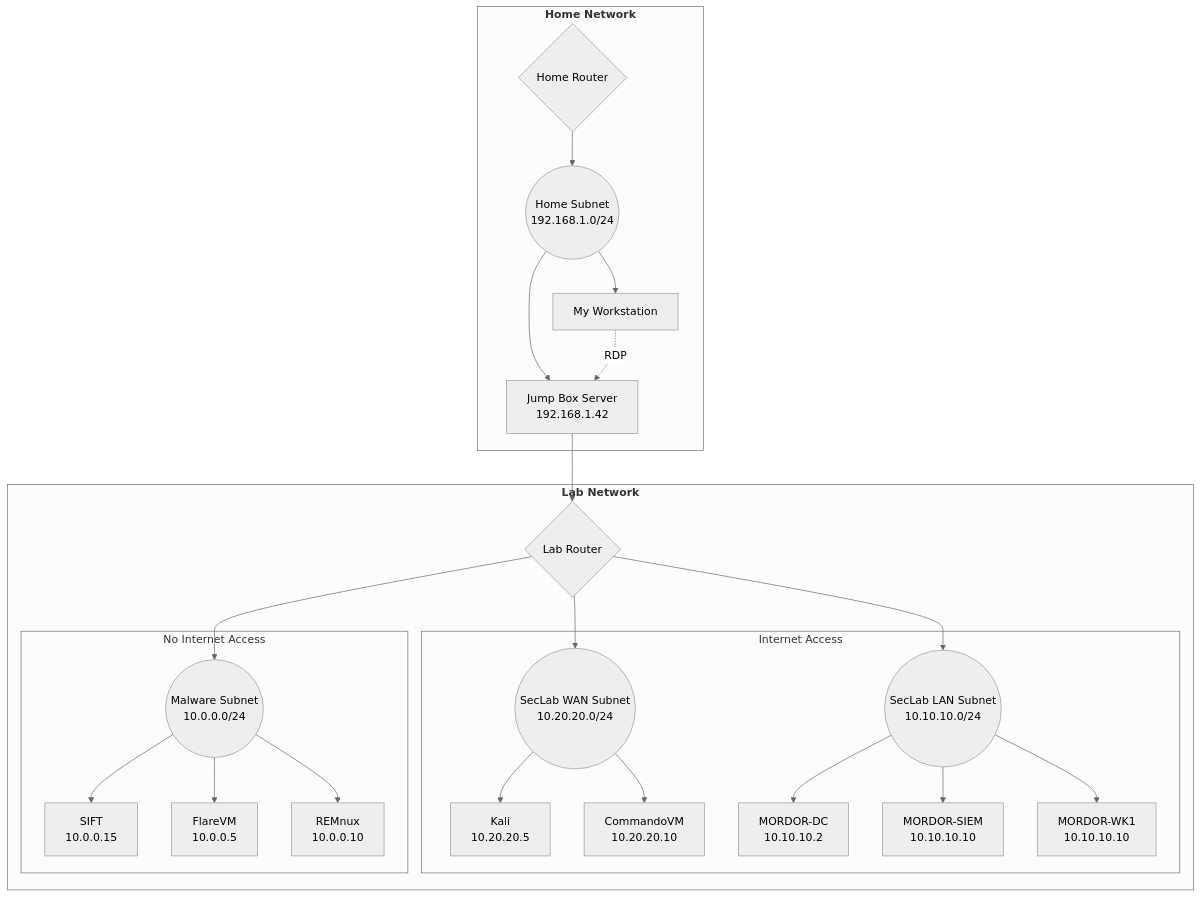
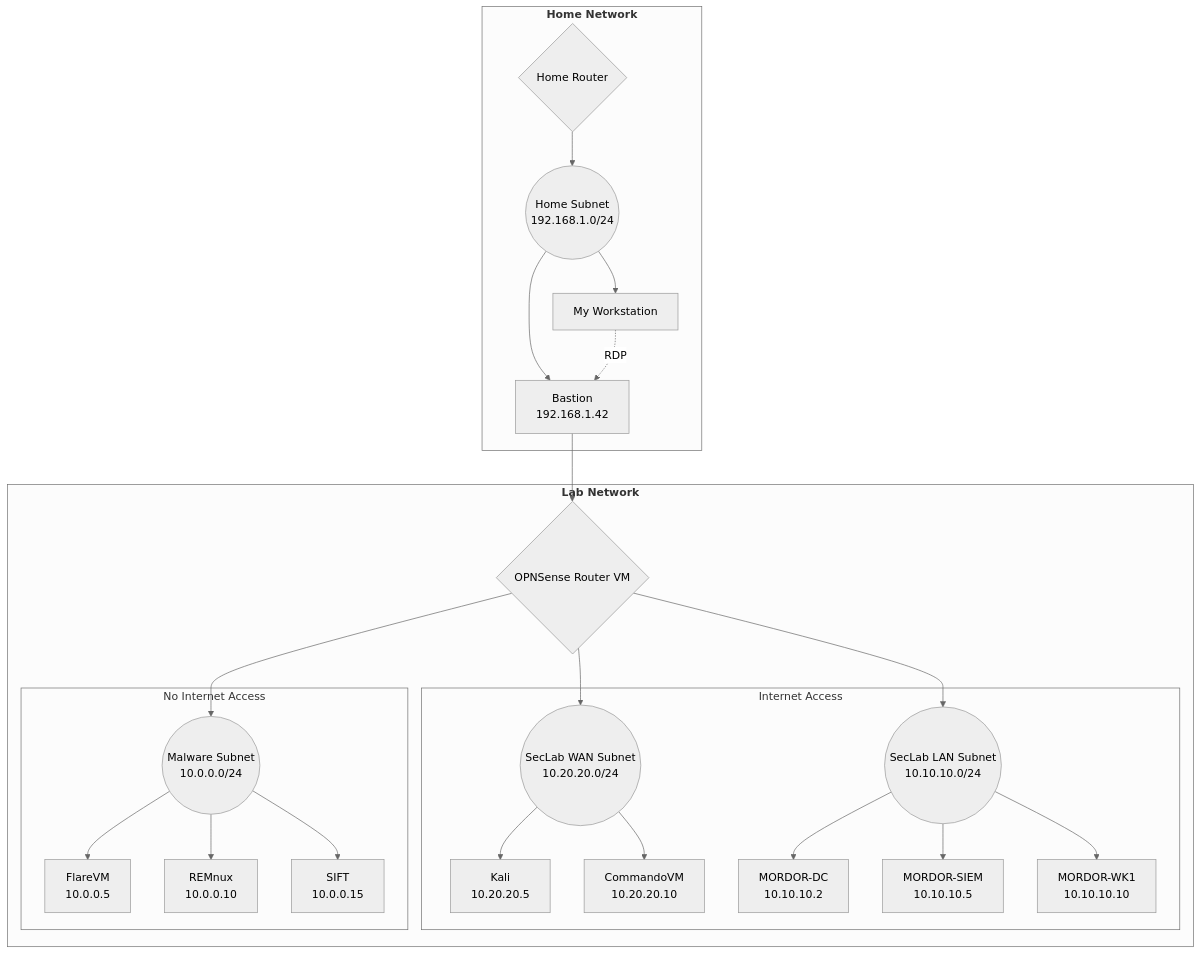
Before and after one commit to jabsec/portfolio: the diagram in homelab/network_diagram.md, drawn with Mermaid (neutral theme).

````diff
--- a/homelab/network_diagram.md
+++ b/homelab/network_diagram.md
@@ -5,61 +5,61 @@
 ```mermaid
 
 graph TD
     
     Home((Home Subnet<br>192.168.1.0/24))
     Malware((Malware Subnet<br>10.0.0.0/24))
+    SecLabLAN((SecLab LAN Subnet <br> 10.10.10.0/24))
     SecLabWAN((SecLab WAN Subnet <br> 10.20.20.0/24))
-    SecLabLAN((SecLab LAN Subnet <br> 10.10.10.0/24))
 
-    JumpBox[Jump Box Server <br>192.168.1.42]
+    JumpBox[Bastion <br>192.168.1.42]
     PC[My Workstation]
 
     Kali[Kali<br>10.20.20.5]
     CommandoVM[CommandoVM<br>10.20.20.10]
 
-    SIFT[SIFT<br>10.0.0.15]
     FlareVM[FlareVM<br>10.0.0.5]
     REMnux[REMnux<br>10.0.0.10]
+    SIFT[SIFT<br>10.0.0.15]
 
     MORDORDC[MORDOR-DC<br>10.10.10.2]
-    MORDORSIEM[MORDOR-SIEM<br>10.10.10.10]
+    MORDORSIEM[MORDOR-SIEM<br>10.10.10.5]
     MORDORWK1[MORDOR-WK1<br>10.10.10.10]
     
 
     JumpBox --> Router2
 
     Router2 --> Malware
     Router2 --> SecLabLAN
     Router2 --> SecLabWAN
 
     subgraph 4 [<b>Lab Network]
 
-    Router2{Lab Router}
+    Router2{OPNSense Router VM}
 
         subgraph 1 [No Internet Access]
             Malware --> FlareVM
             Malware --> REMnux
             Malware --> SIFT
         end
     
         subgraph 2 [Internet Access]
-            SecLabWAN --> Kali
-            SecLabWAN --> CommandoVM
-        
             SecLabLAN --> MORDORDC
             SecLabLAN --> MORDORSIEM
             SecLabLAN --> MORDORWK1
+
+            SecLabWAN --> Kali
+            SecLabWAN --> CommandoVM
         end
 
     end
 
     subgraph 3 [<b>Home Network]
         Router1{Home Router}
         Router1
         Router1 --> Home
         Home --> JumpBox
         Home --> PC
         PC-. RDP .-> JumpBox
     end
 
 ```
````
